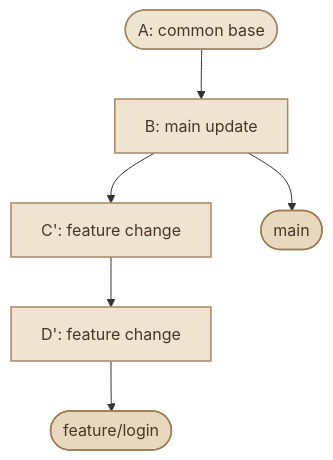
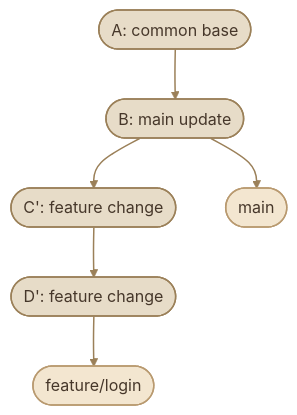
Before and after one commit to mustafammasoud/ops-handbook: the second of 3 diagrams in content/version-control/Git and GitHub/advanced-git-history.mdx, drawn with Mermaid. The commit also changed other lines of this file and 17 other files, not shown here.

````diff
--- a/content/version-control/Git and GitHub/advanced-git-history.mdx
+++ b/content/version-control/Git and GitHub/advanced-git-history.mdx
@@ -80,13 +82,15 @@
 ```mermaid
 flowchart TD
-    A(["A: common base"]) --> B["B: main update"]
-    B --> C["C': feature change"]
-    C --> D["D': feature change"]
+    A(["A: common base"]) --> B(["B: main update"])
+    B --> C(["C': feature change"])
+    C --> D(["D': feature change"])
     B --> E(["main"])
     D --> F(["feature/login"])
 
-    classDef commit fill:#efe3d2,stroke:#a88763,color:#493729,stroke-width:1.5px
-    classDef branch fill:#e8d8bd,stroke:#9d7b53,color:#493729,stroke-width:1.5px
+    classDef commit fill:#E7DCC8,stroke:#9B8059,color:#46372A,stroke-width:1.5px
+    classDef branch fill:#F3E6D0,stroke:#B99A70,color:#46372A,stroke-width:1.5px
     class A,B,C,D commit
     class E,F branch
+
+    linkStyle default stroke:#9B8059,stroke-width:1.5px
 ```
````
